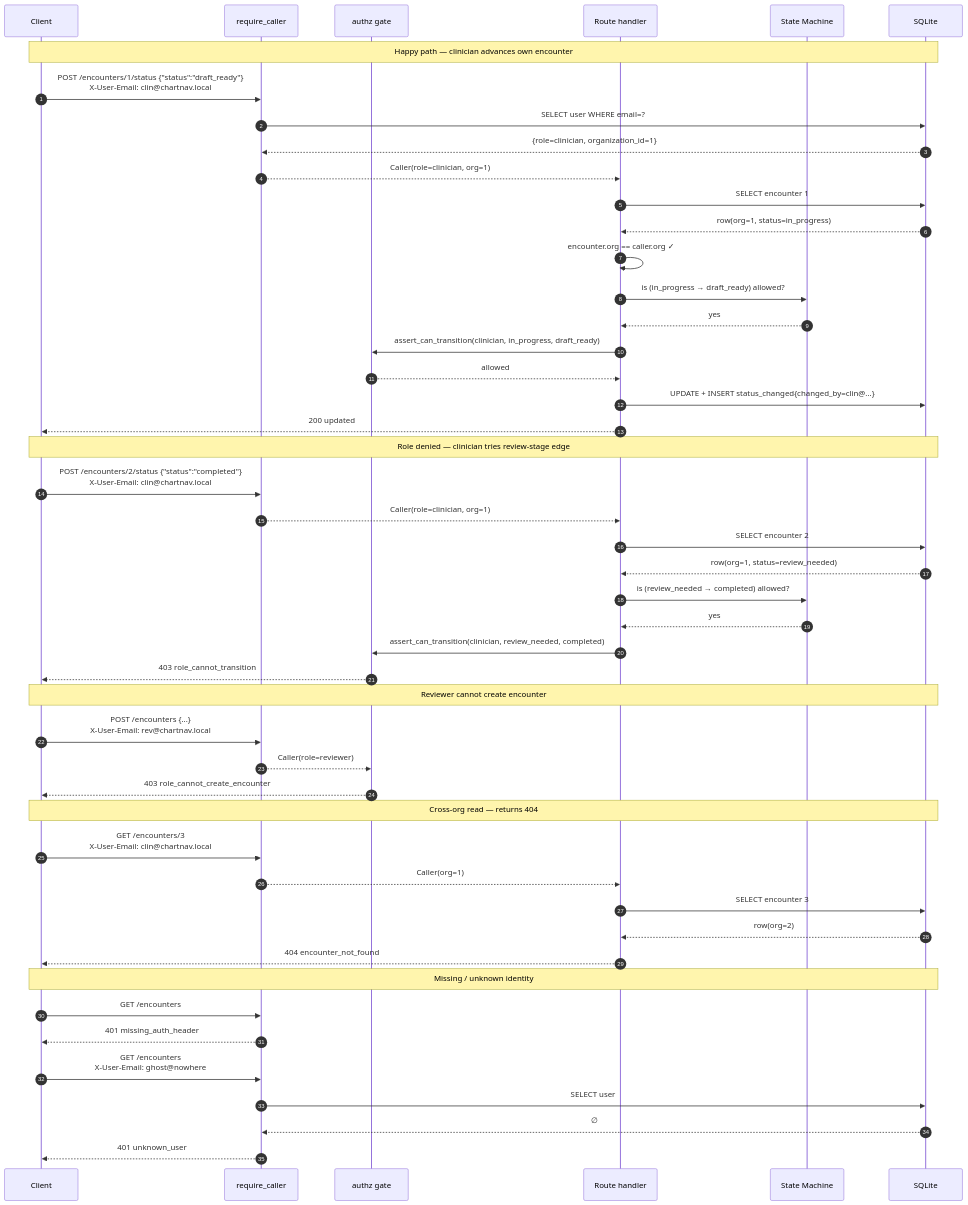
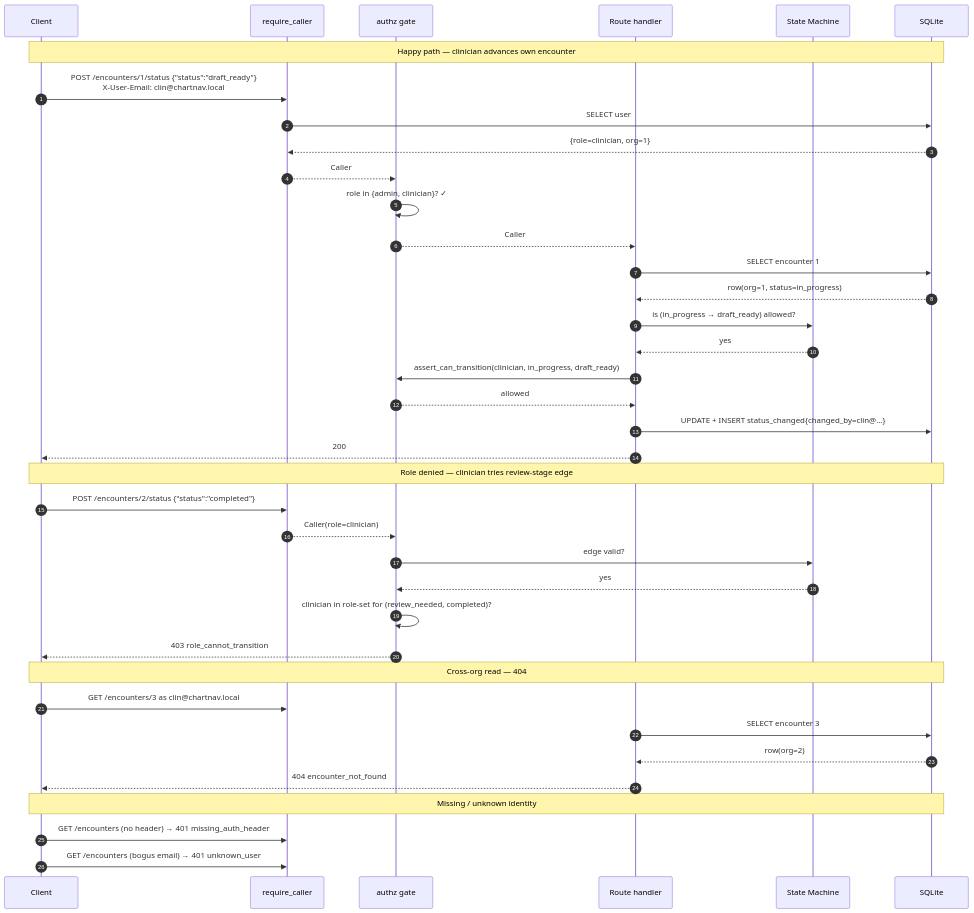
One commit to thekidd2227/chartnav-platform changed the first of 2 diagrams in docs/diagrams/api-data-flow.md. Above: the diagram before and after it, drawn with Mermaid. The commit also changed other lines of this file and 16 other files, not shown here.

````diff
--- a/docs/diagrams/api-data-flow.md
+++ b/docs/diagrams/api-data-flow.md
@@ -3,55 +5,44 @@
 ```mermaid
 sequenceDiagram
   autonumber
   participant C as Client
   participant Authn as require_caller
   participant Authz as authz gate
   participant R as Route handler
   participant SM as State Machine
   participant DB as SQLite
 
   Note over C,DB: Happy path — clinician advances own encounter
   C->>Authn: POST /encounters/1/status {"status":"draft_ready"}<br/>X-User-Email: clin@chartnav.local
-  Authn->>DB: SELECT user WHERE email=?
-  DB-->>Authn: {role=clinician, organization_id=1}
-  Authn-->>R: Caller(role=clinician, org=1)
+  Authn->>DB: SELECT user
+  DB-->>Authn: {role=clinician, org=1}
+  Authn-->>Authz: Caller
+  Authz->>Authz: role in {admin, clinician}? ✓
+  Authz-->>R: Caller
   R->>DB: SELECT encounter 1
   DB-->>R: row(org=1, status=in_progress)
-  R->>R: encounter.org == caller.org ✓
   R->>SM: is (in_progress → draft_ready) allowed?
   SM-->>R: yes
   R->>Authz: assert_can_transition(clinician, in_progress, draft_ready)
   Authz-->>R: allowed
   R->>DB: UPDATE + INSERT status_changed{changed_by=clin@...}
-  R-->>C: 200 updated
+  R-->>C: 200
 
   Note over C,DB: Role denied — clinician tries review-stage edge
-  C->>Authn: POST /encounters/2/status {"status":"completed"}<br/>X-User-Email: clin@chartnav.local
-  Authn-->>R: Caller(role=clinician, org=1)
-  R->>DB: SELECT encounter 2
-  DB-->>R: row(org=1, status=review_needed)
-  R->>SM: is (review_needed → completed) allowed?
-  SM-->>R: yes
-  R->>Authz: assert_can_transition(clinician, review_needed, completed)
+  C->>Authn: POST /encounters/2/status {"status":"completed"}
+  Authn-->>Authz: Caller(role=clinician)
+  Authz->>SM: edge valid?
+  SM-->>Authz: yes
+  Authz->>Authz: clinician in role-set for (review_needed, completed)?
   Authz-->>C: 403 role_cannot_transition
 
-  Note over C,DB: Reviewer cannot create encounter
-  C->>Authn: POST /encounters {...}<br/>X-User-Email: rev@chartnav.local
-  Authn-->>Authz: Caller(role=reviewer)
-  Authz-->>C: 403 role_cannot_create_encounter
-
-  Note over C,DB: Cross-org read — returns 404
-  C->>Authn: GET /encounters/3<br/>X-User-Email: clin@chartnav.local
-  Authn-->>R: Caller(org=1)
+  Note over C,DB: Cross-org read — 404
+  C->>Authn: GET /encounters/3 as clin@chartnav.local
   R->>DB: SELECT encounter 3
   DB-->>R: row(org=2)
   R-->>C: 404 encounter_not_found
 
   Note over C,DB: Missing / unknown identity
-  C->>Authn: GET /encounters
-  Authn-->>C: 401 missing_auth_header
-  C->>Authn: GET /encounters<br/>X-User-Email: ghost@nowhere
-  Authn->>DB: SELECT user
-  DB-->>Authn: ∅
-  Authn-->>C: 401 unknown_user
+  C->>Authn: GET /encounters (no header) → 401 missing_auth_header
+  C->>Authn: GET /encounters (bogus email) → 401 unknown_user
 ```
````
